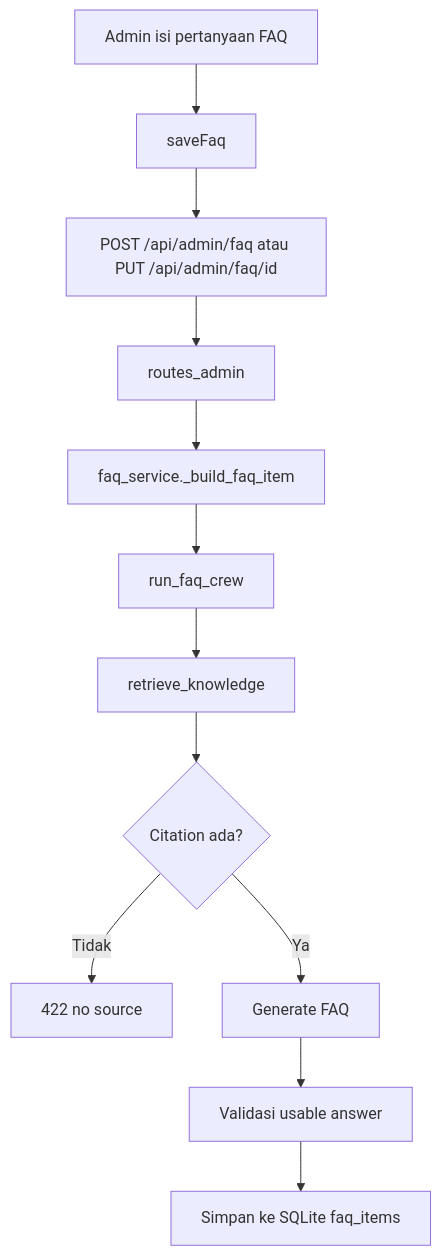
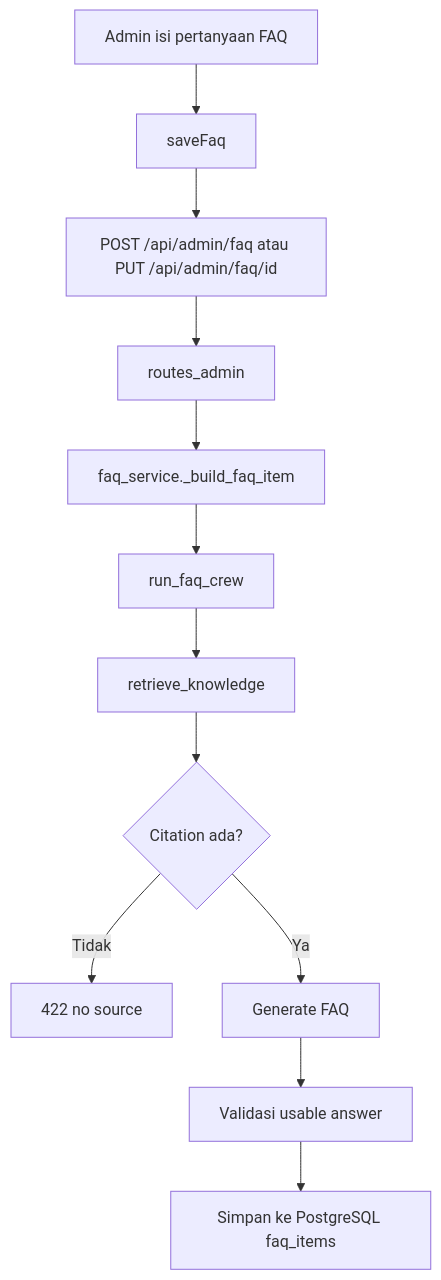
One commit to Akram17t/Internship changed the fifth of 5 diagrams in Capstone/docs/SYSTEM_FLOWS.md. Above: the diagram before and after it, drawn with Mermaid. The commit also changed other lines of this file and 47 other files, not shown here.

````diff
--- a/Capstone/docs/SYSTEM_FLOWS.md
+++ b/Capstone/docs/SYSTEM_FLOWS.md
@@ -117,14 +117,14 @@
 ```mermaid
 flowchart TD
   A[Admin isi pertanyaan FAQ] --> B[saveFaq]
   B --> C[POST /api/admin/faq atau PUT /api/admin/faq/id]
   C --> D[routes_admin]
   D --> E[faq_service._build_faq_item]
   E --> F[run_faq_crew]
   F --> G[retrieve_knowledge]
   G --> H{Citation ada?}
   H -->|Tidak| I[422 no source]
   H -->|Ya| J[Generate FAQ]
   J --> K[Validasi usable answer]
-  K --> L[Simpan ke SQLite faq_items]
+  K --> L[Simpan ke PostgreSQL faq_items]
 ```
````
